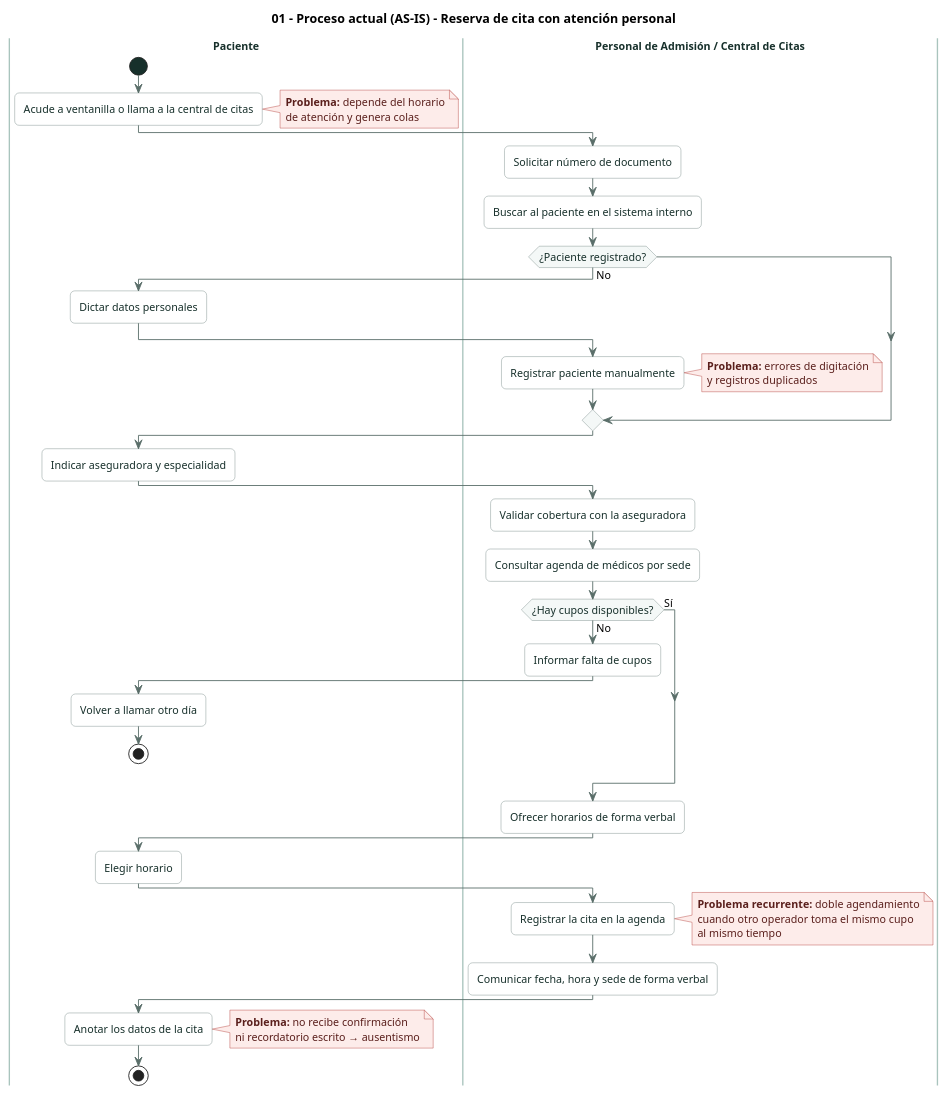
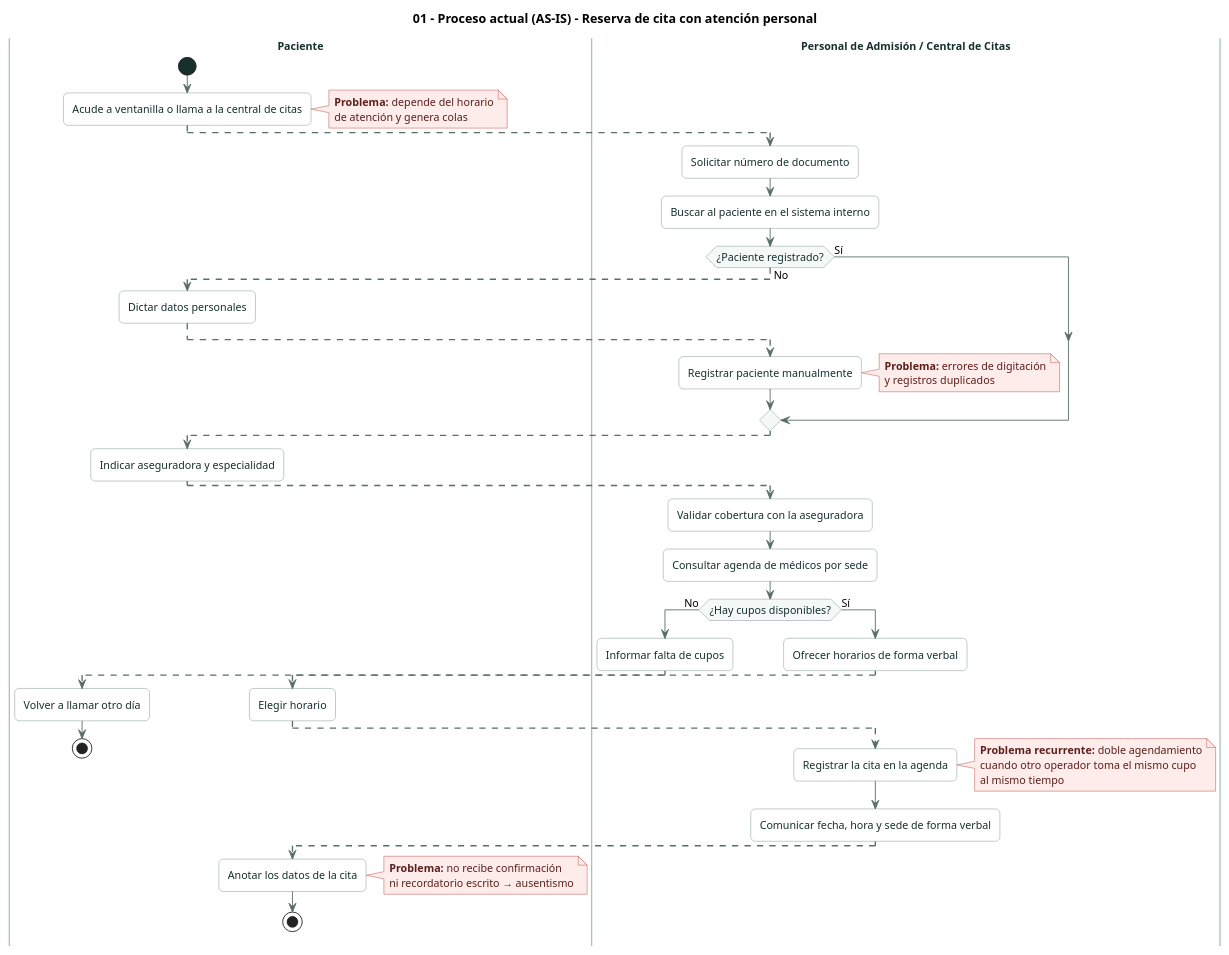
One commit to Jimena-CC/ProyectoCitasMedicas changed the diagram in docs/diagrams/01-process-current.puml. Above: the diagram before and after it, drawn with PlantUML. The commit also changed 20 other files, not shown here.

```diff
--- a/docs/diagrams/01-process-current.puml
+++ b/docs/diagrams/01-process-current.puml
@@ -1,88 +1,94 @@
 @startuml
 title 01 - Proceso actual (AS-IS) - Reserva de cita con atención personal
 
 skinparam shadowing false
 skinparam roundCorner 10
 skinparam defaultFontName "Helvetica"
 skinparam defaultFontSize 12
 skinparam ArrowColor #5A6E69
 skinparam SwimlaneBorderColor #A9C4BD
 skinparam SwimlaneTitleFontColor #17302B
 skinparam SwimlaneTitleFontStyle bold
 skinparam activity {
   BackgroundColor #FFFFFF
   BorderColor #7A8C88
   FontColor #17302B
   DiamondBackgroundColor #F4F8F7
   DiamondBorderColor #7A8C88
   StartColor #17302B
   EndColor #17302B
 }
 skinparam note {
   BackgroundColor #FDECEA
   BorderColor #B4413C
   FontColor #5A1F1C
 }
 
 |Paciente|
 start
 :Acude a ventanilla o llama a la central de citas;
 note right
   <b>Problema:</b> depende del horario
   de atención y genera colas
 end note
 
 |Personal de Admisión / Central de Citas|
+-[dashed]->
 :Solicitar número de documento;
 :Buscar al paciente en el sistema interno;
 
 if (¿Paciente registrado?) then (No)
   |Paciente|
+  -[dashed]->
   :Dictar datos personales;
   |Personal de Admisión / Central de Citas|
+  -[dashed]->
   :Registrar paciente manualmente;
   note right
     <b>Problema:</b> errores de digitación
     y registros duplicados
   end note
+else (Sí)
 endif
 
 |Paciente|
+-[dashed]->
 :Indicar aseguradora y especialidad;
 
 |Personal de Admisión / Central de Citas|
+-[dashed]->
 :Validar cobertura con la aseguradora;
 :Consultar agenda de médicos por sede;
 
 if (¿Hay cupos disponibles?) then (No)
   :Informar falta de cupos;
   |Paciente|
+  -[dashed]->
   :Volver a llamar otro día;
   stop
 else (Sí)
+  |Personal de Admisión / Central de Citas|
+  :Ofrecer horarios de forma verbal;
+  |Paciente|
+  -[dashed]->
+  :Elegir horario;
+  |Personal de Admisión / Central de Citas|
+  -[dashed]->
+  :Registrar la cita en la agenda;
+  note right
+    <b>Problema recurrente:</b> doble agendamiento
+    cuando otro operador toma el mismo cupo
+    al mismo tiempo
+  end note
+  :Comunicar fecha, hora y sede de forma verbal;
+  |Paciente|
+  -[dashed]->
+  :Anotar los datos de la cita;
+  note right
+    <b>Problema:</b> no recibe confirmación
+    ni recordatorio escrito → ausentismo
+  end note
+  stop
 endif
 
-|Personal de Admisión / Central de Citas|
-:Ofrecer horarios de forma verbal;
-
-|Paciente|
-:Elegir horario;
-
-|Personal de Admisión / Central de Citas|
-:Registrar la cita en la agenda;
-note right
-  <b>Problema recurrente:</b> doble agendamiento
-  cuando otro operador toma el mismo cupo
-  al mismo tiempo
-end note
-:Comunicar fecha, hora y sede de forma verbal;
-
-|Paciente|
-:Anotar los datos de la cita;
-note right
-  <b>Problema:</b> no recibe confirmación
-  ni recordatorio escrito → ausentismo
-end note
-stop
-
 @enduml
```
